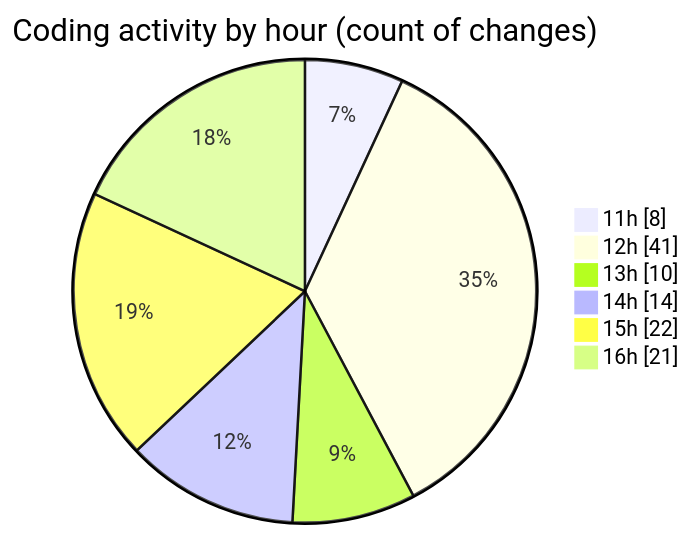
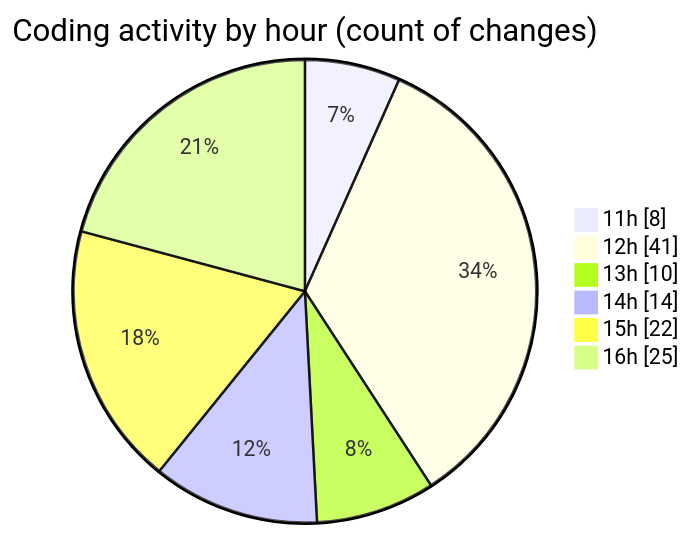
One commit to BS-eng2023/code-tracking changed the second of 2 diagrams in 2025-05-04/project/README.md. Above: the diagram before and after it, drawn with Mermaid. The commit also changed other lines of this file and 1 other file, not shown here.

````diff
--- a/2025-05-04/project/README.md
+++ b/2025-05-04/project/README.md
@@ -51,10 +51,10 @@
 ```mermaid
 pie showData
 title Coding activity by hour (count of changes)
 "11h" : 8
 "12h" : 41
 "13h" : 10
 "14h" : 14
 "15h" : 22
-"16h" : 21
+"16h" : 25
 ```
````
